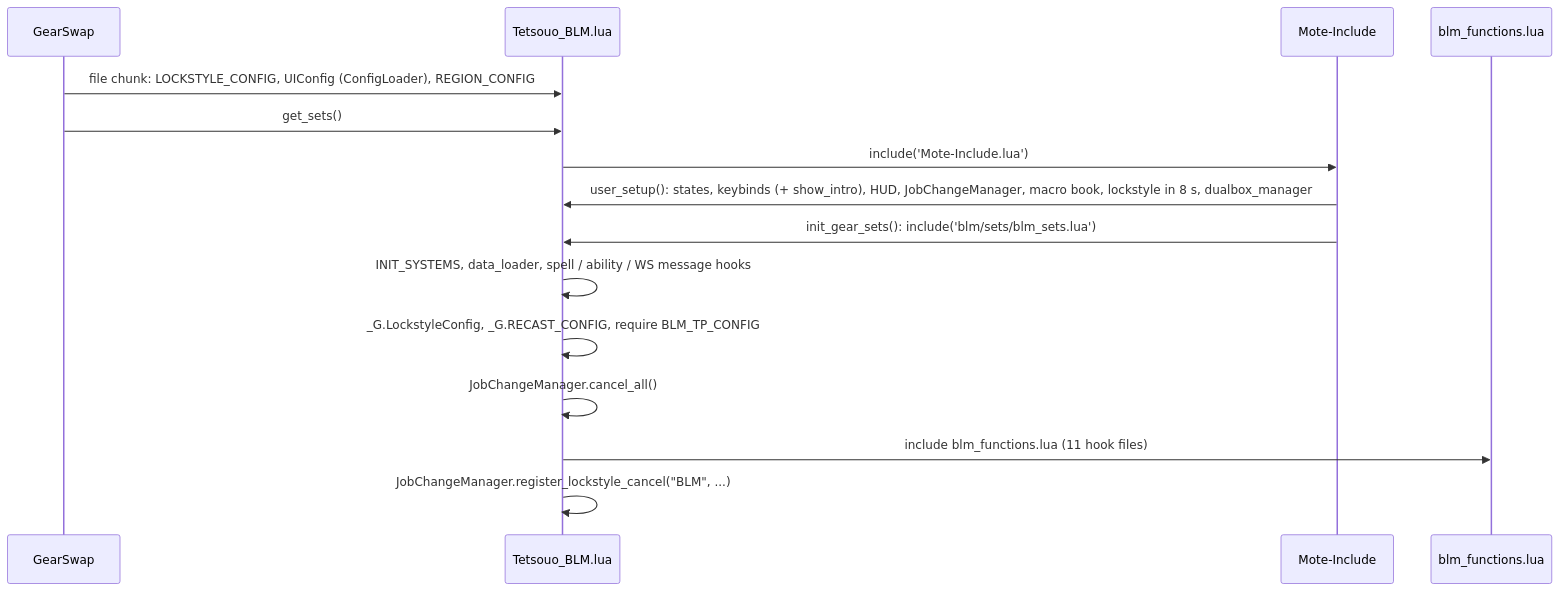
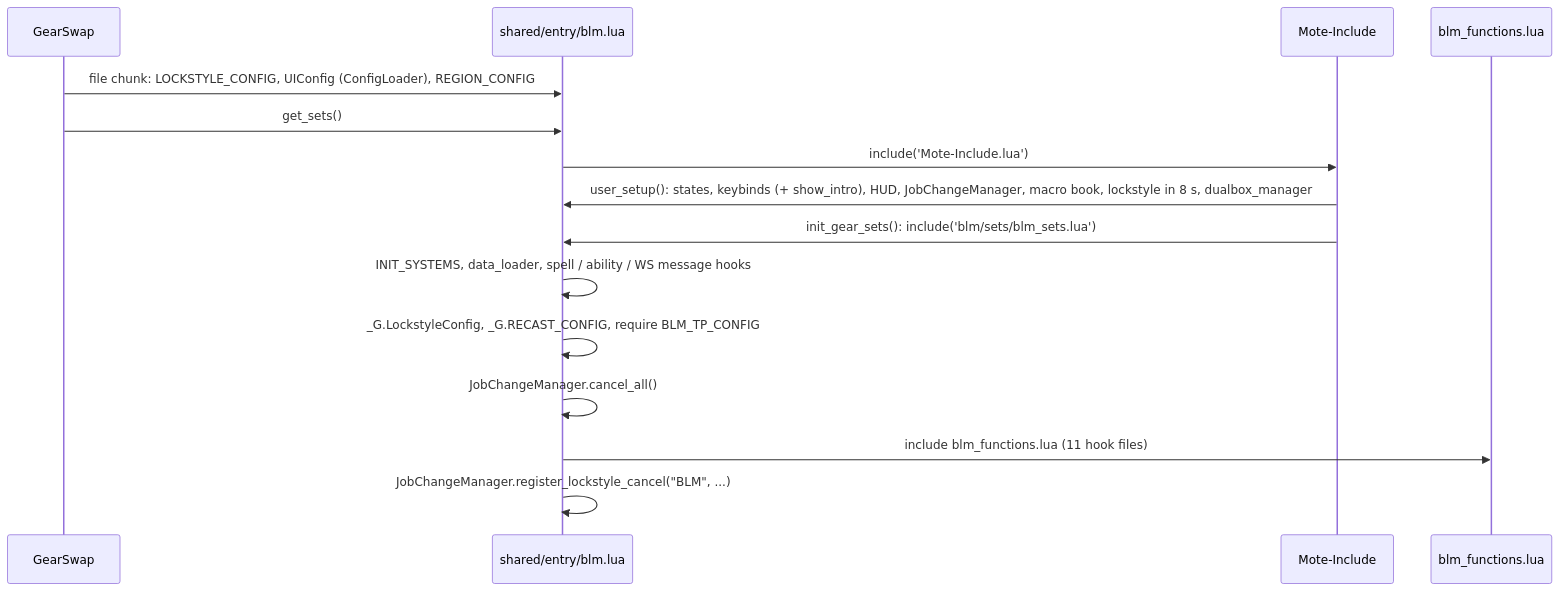
One commit to ejouanchicot/Gearswap changed the first of 4 diagrams in docs/dev/jobs/blm.md. Above: the diagram before and after it, drawn with Mermaid. The commit also changed other lines of this file and 94 other files, not shown here.

First line of the commit message:
docs: 22 jobs, 2 s / 3 s reload, the 2026-09-30 folder layout, shared/entry entry points

````diff
--- a/docs/dev/jobs/blm.md
+++ b/docs/dev/jobs/blm.md
@@ -91,17 +92,17 @@
 ```mermaid
 sequenceDiagram
     participant GS as GearSwap
-    participant E as Tetsouo_BLM.lua
+    participant E as shared/entry/blm.lua
     participant M as Mote-Include
     participant F as blm_functions.lua
     GS->>E: file chunk: LOCKSTYLE_CONFIG, UIConfig (ConfigLoader), REGION_CONFIG
     GS->>E: get_sets()
     E->>M: include('Mote-Include.lua')
     M->>E: user_setup(): states, keybinds (+ show_intro), HUD, JobChangeManager, macro book, lockstyle in 8 s, dualbox_manager
     M->>E: init_gear_sets(): include('blm/sets/blm_sets.lua')
     E->>E: INIT_SYSTEMS, data_loader, spell / ability / WS message hooks
     E->>E: _G.LockstyleConfig, _G.RECAST_CONFIG, require BLM_TP_CONFIG
     E->>E: JobChangeManager.cancel_all()
     E->>F: include blm_functions.lua (11 hook files)
     E->>E: JobChangeManager.register_lockstyle_cancel("BLM", ...)
 ```
````
